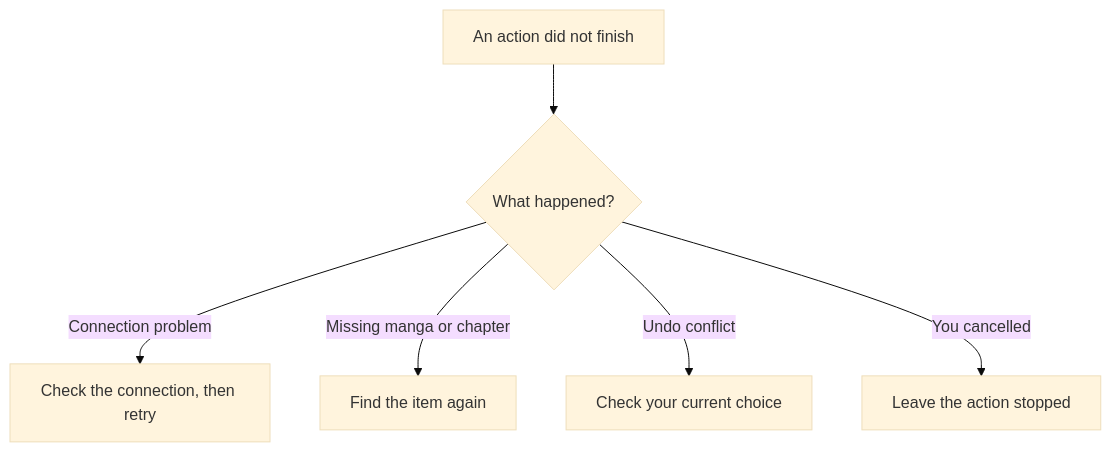
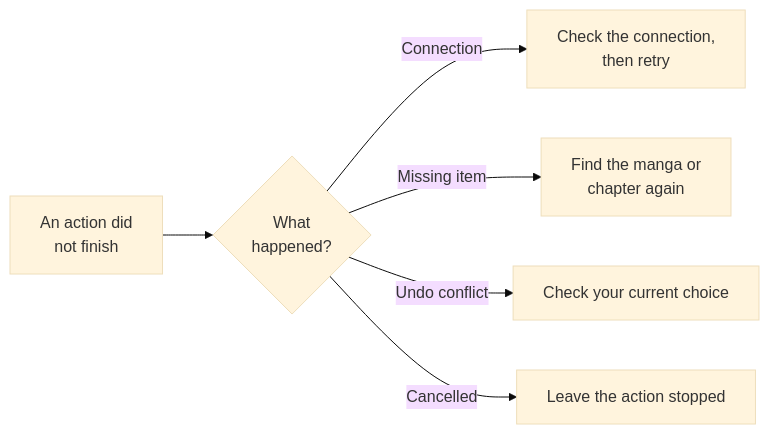
One commit to FancyCorey/komikku-fc changed the second of 4 diagrams in docs/kmk/feature-guides/safety.md. Above: the diagram before and after it, drawn with Mermaid (base theme). The commit also changed other lines of this file and 93 other files, not shown here.

````diff
--- a/docs/kmk/feature-guides/safety.md
+++ b/docs/kmk/feature-guides/safety.md
@@ -23,8 +23,8 @@
 ```mermaid
-flowchart TD
-    Problem["An action did not finish"] --> Kind{"What happened?"}
-    Kind -->|Connection problem| Retry["Check the connection, then retry"]
-    Kind -->|Missing manga or chapter| Find["Find the item again"]
+flowchart LR
+    Problem["An action did<br/>not finish"] --> Kind{"What<br/>happened?"}
+    Kind -->|Connection| Retry["Check the connection,<br/>then retry"]
+    Kind -->|Missing item| Find["Find the manga or<br/>chapter again"]
     Kind -->|Undo conflict| Current["Check your current choice"]
-    Kind -->|You cancelled| Stop["Leave the action stopped"]
+    Kind -->|Cancelled| Stop["Leave the action stopped"]
 ```
````
